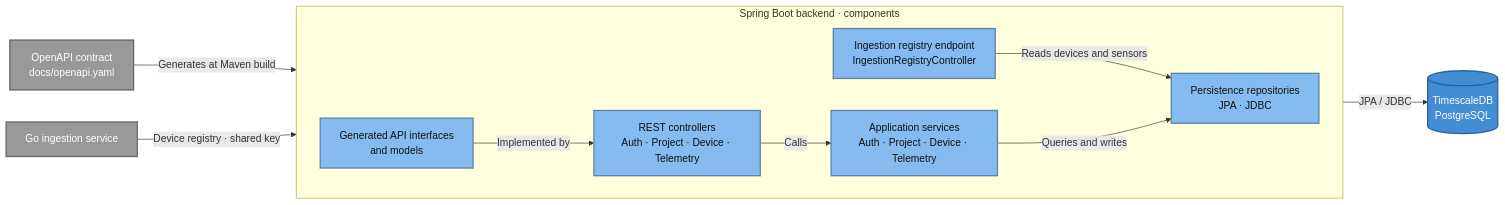
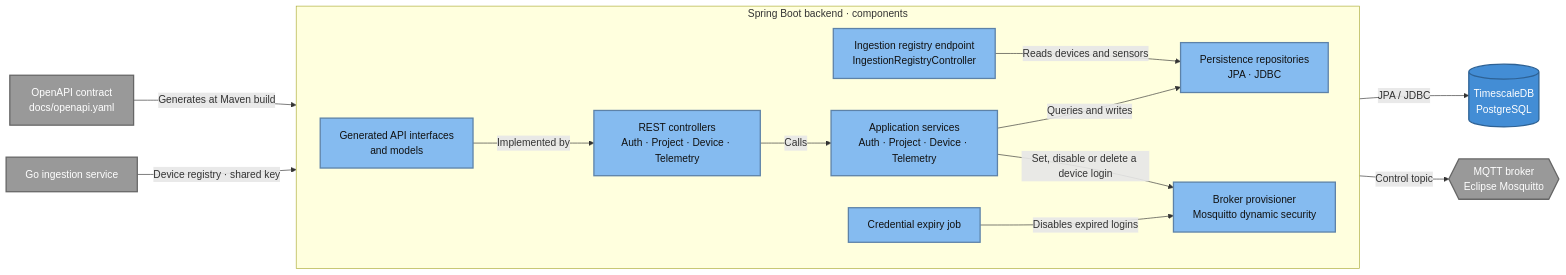
The diagram in docs/architecture/c4-backend-components.md (Hashu-17/openroots), drawn with Mermaid before and after one commit. The commit also changed other lines of this file and 9 other files, not shown here.

Commit message:
docs: update architecture, product and API docs for sign-in, live telemetry and broker sync

````diff
--- a/docs/architecture/c4-backend-components.md
+++ b/docs/architecture/c4-backend-components.md
@@ -5,30 +5,36 @@
 ```mermaid
 flowchart LR
     contract["OpenAPI contract<br/>docs/openapi.yaml"]
     ingestion["Go ingestion service"]
+    broker{{"MQTT broker<br/>Eclipse Mosquitto"}}
     database[("TimescaleDB<br/>PostgreSQL")]
 
     subgraph backend["Spring Boot backend · components"]
         direction LR
         generated["Generated API interfaces<br/>and models"]
         rest["REST controllers<br/>Auth · Project · Device · Telemetry"]
         registry["Ingestion registry endpoint<br/>IngestionRegistryController"]
         services["Application services<br/>Auth · Project · Device · Telemetry"]
         repositories["Persistence repositories<br/>JPA · JDBC"]
+        provisioner["Broker provisioner<br/>Mosquitto dynamic security"]
+        expiry["Credential expiry job"]
     end
 
     contract -->|"Generates at Maven build"| generated
     generated -->|"Implemented by"| rest
     rest -->|"Calls"| services
     ingestion -->|"Device registry · shared key"| registry
     registry -->|"Reads devices and sensors"| repositories
     services -->|"Queries and writes"| repositories
     repositories -->|"JPA / JDBC"| database
+    services -->|"Set, disable or delete a device login"| provisioner
+    expiry -->|"Disables expired logins"| provisioner
+    provisioner -->|"Control topic"| broker
 
     classDef external fill:#999999,color:#fff,stroke:#666,stroke-width:2px;
     classDef component fill:#85bbf0,color:#111,stroke:#5d82a8,stroke-width:2px;
     classDef data fill:#438dd5,color:#fff,stroke:#2e6295,stroke-width:2px;
-    class contract,ingestion external;
-    class generated,rest,registry,services,repositories component;
+    class contract,ingestion,broker external;
+    class generated,rest,registry,services,repositories,provisioner,expiry component;
     class database data;
 ```
````
